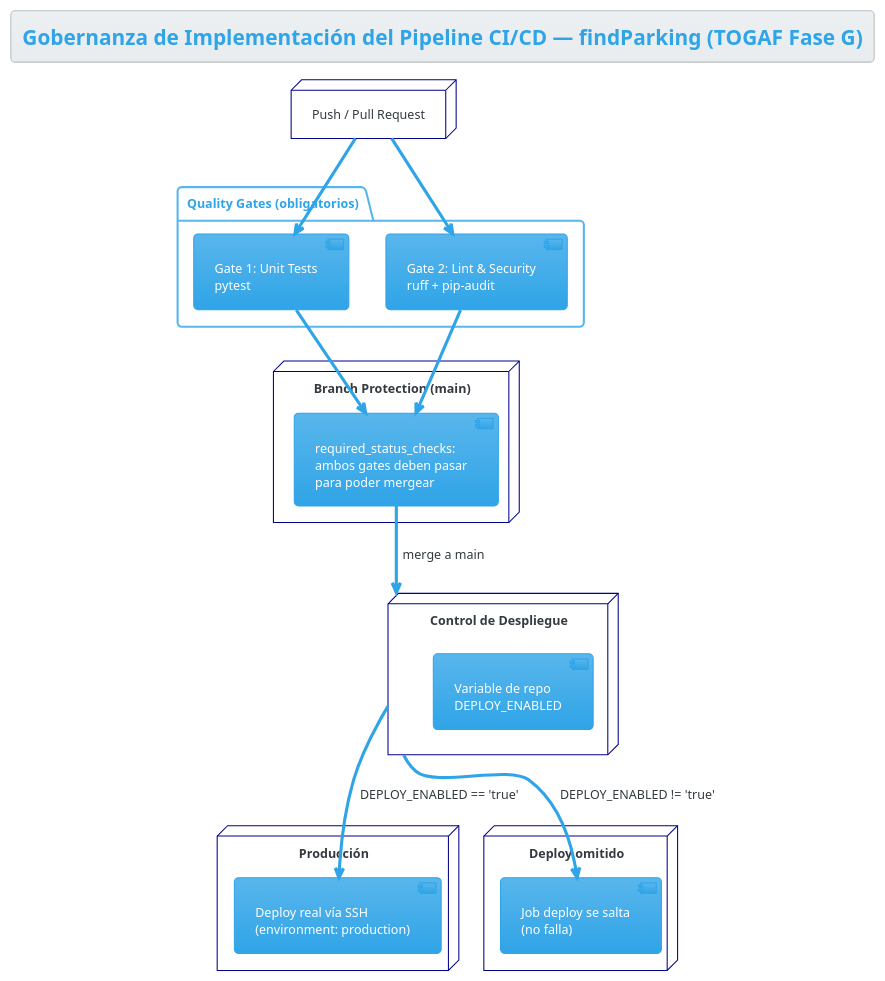
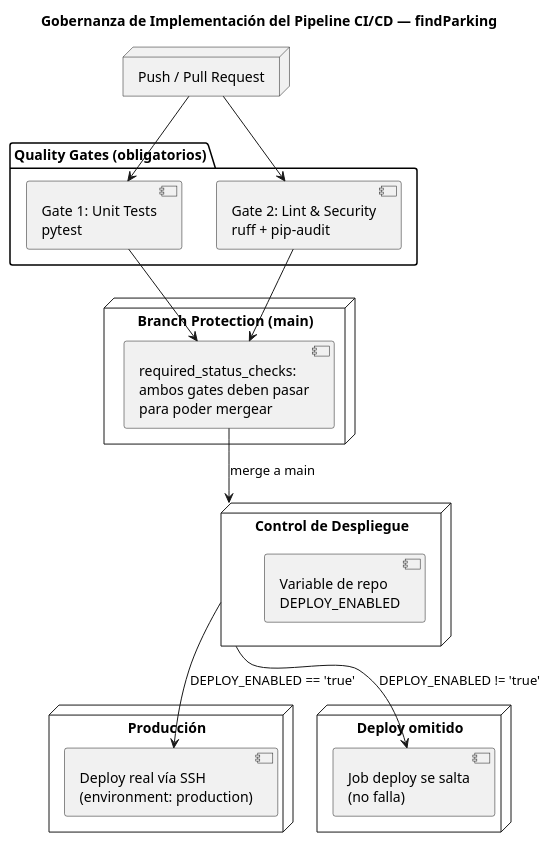
The diagram in docs/wiki/diagrams/pipeline-governance.puml (seminarioA/findParking), drawn with PlantUML before and after one commit. The commit also changed 4 other files, not shown here.

First line of the commit message:
docs: mover clasificación TOGAF a metadata del .md y hacer diagramas monocromáticos (#39)

```diff
--- a/docs/wiki/diagrams/pipeline-governance.puml
+++ b/docs/wiki/diagrams/pipeline-governance.puml
@@ -1,41 +1,40 @@
 @startuml pipeline-governance
-!theme cerulean
-skinparam node {
-  BackgroundColor White
-  BorderColor DarkBlue
-}
+skinparam monochrome true
+skinparam shadowing false
+skinparam backgroundColor White
+skinparam defaultFontColor Black
 
-title Gobernanza de Implementación del Pipeline CI/CD — findParking (TOGAF Fase G)
+title Gobernanza de Implementación del Pipeline CI/CD — findParking
 
 node "Push / Pull Request" as trigger
 
 package "Quality Gates (obligatorios)" as gates {
   [Gate 1: Unit Tests\npytest] as gate1
   [Gate 2: Lint & Security\nruff + pip-audit] as gate2
 }
 
 node "Branch Protection (main)" as protection {
   [required_status_checks:\nambos gates deben pasar\npara poder mergear] as rule
 }
 
 node "Control de Despliegue" as control {
   [Variable de repo\nDEPLOY_ENABLED] as flag
 }
 
 node "Producción" as prod {
   [Deploy real vía SSH\n(environment: production)] as deploy
 }
 
 node "Deploy omitido" as skipped {
   [Job deploy se salta\n(no falla)] as skip
 }
 
 trigger --> gate1
 trigger --> gate2
 gate1 --> rule
 gate2 --> rule
 rule --> control : merge a main
 control --> deploy : DEPLOY_ENABLED == 'true'
 control --> skip : DEPLOY_ENABLED != 'true'
 
 @enduml
```
